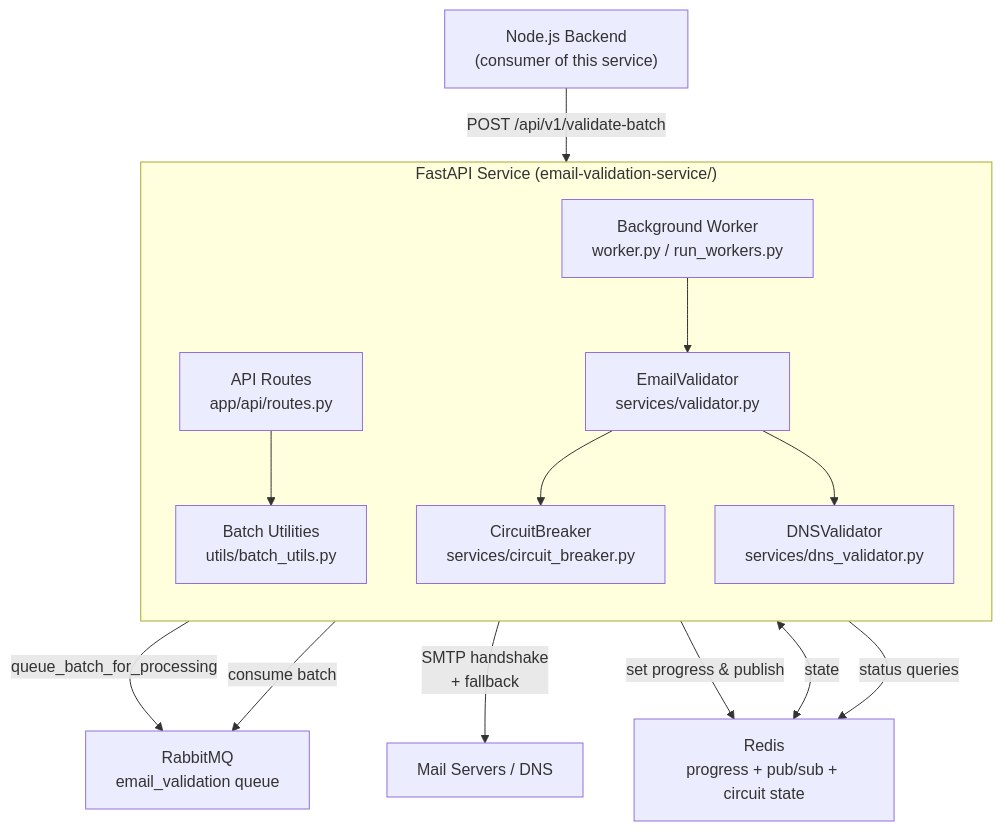
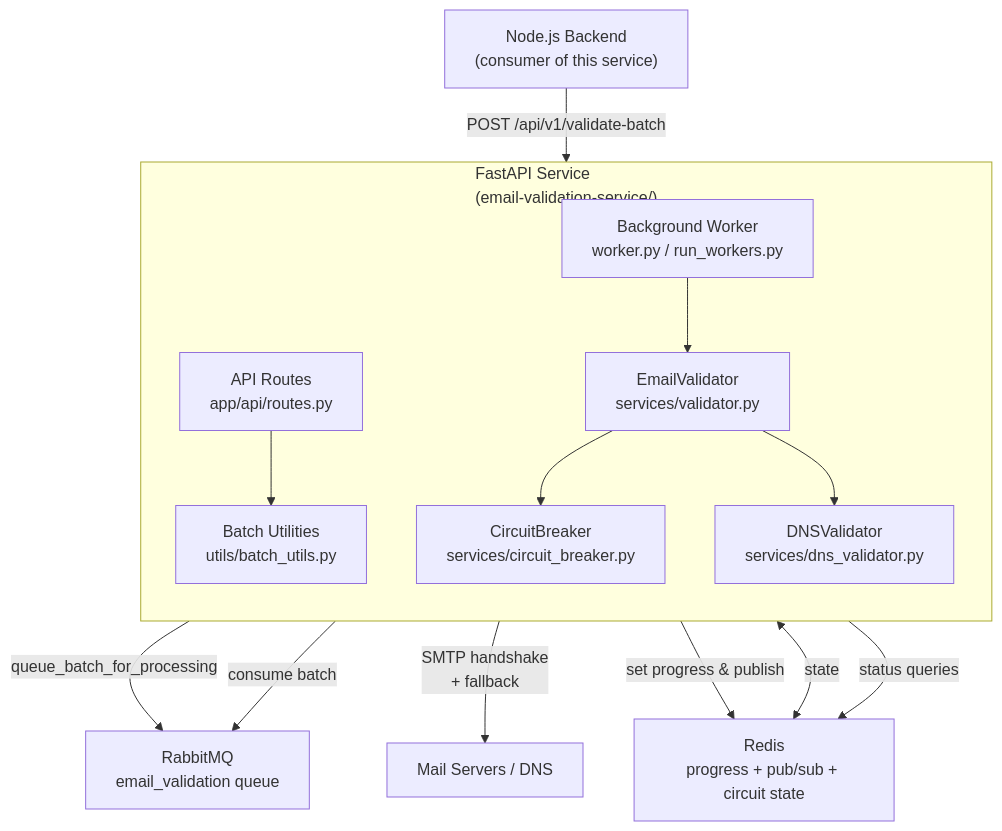
One commit to hassaanali723/tp-email-verification-tool changed the first of 2 diagrams in docs/email-validation-service/overall-architecture.md. Above: the diagram before and after it, drawn with Mermaid.

Commit message:
Replace diagram newlines with HTML breaks

````diff
--- a/docs/email-validation-service/overall-architecture.md
+++ b/docs/email-validation-service/overall-architecture.md
@@ -7,29 +7,29 @@
 ```mermaid
 flowchart TB
-    subgraph FastAPI["FastAPI Service (email-validation-service/)"]
+    subgraph FastAPI["FastAPI Service<br/>(email-validation-service/)"]
         direction TB
-        Routes["API Routes\napp/api/routes.py"]
-        BatchUtils["Batch Utilities\nutils/batch_utils.py"]
-        Worker["Background Worker\nworker.py / run_workers.py"]
-        Validator["EmailValidator\nservices/validator.py"]
-        Circuit["CircuitBreaker\nservices/circuit_breaker.py"]
-        DNSVal["DNSValidator\nservices/dns_validator.py"]
+        Routes["API Routes<br/>app/api/routes.py"]
+        BatchUtils["Batch Utilities<br/>utils/batch_utils.py"]
+        Worker["Background Worker<br/>worker.py / run_workers.py"]
+        Validator["EmailValidator<br/>services/validator.py"]
+        Circuit["CircuitBreaker<br/>services/circuit_breaker.py"]
+        DNSVal["DNSValidator<br/>services/dns_validator.py"]
     end
 
-    Backend["Node.js Backend\n(consumer of this service)"]
-    MQ["RabbitMQ\nemail_validation queue"]
-    Redis["Redis\nprogress + pub/sub + circuit state"]
+    Backend["Node.js Backend<br/>(consumer of this service)"]
+    MQ["RabbitMQ<br/>email_validation queue"]
+    Redis["Redis<br/>progress + pub/sub + circuit state"]
     SMTP["Mail Servers / DNS"]
 
     Backend -->|POST /api/v1/validate-batch| Routes
     Routes --> BatchUtils
     BatchUtils -->|queue_batch_for_processing| MQ
     Worker -->|consume batch| MQ
     Worker --> Validator
     Validator -->|SMTP handshake<br/>+ fallback| SMTP
     Validator --> Circuit
     Validator --> DNSVal
     Worker -->|set progress & publish| Redis
     Circuit <-->|state| Redis
     Routes -->|status queries| Redis
 ```
````
